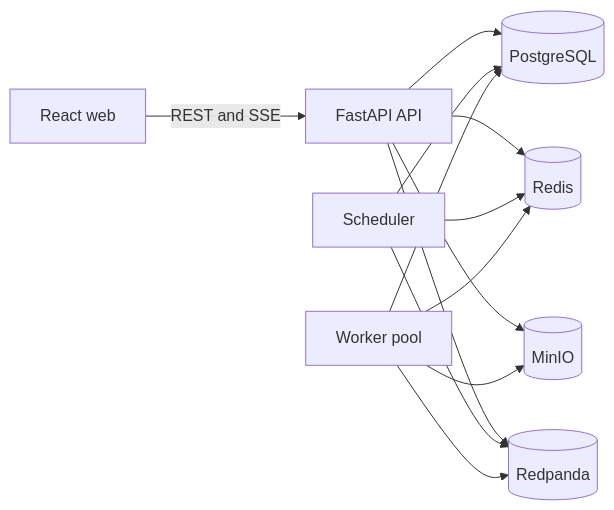
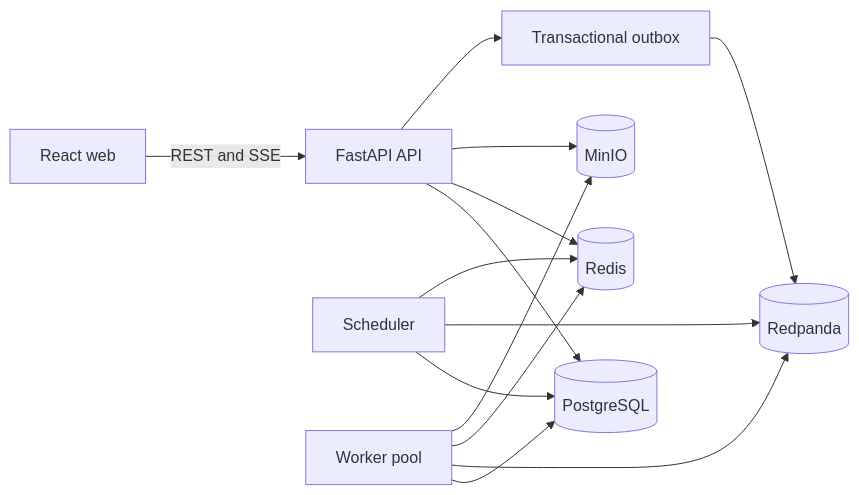
The first of 2 diagrams in docs/ARCHITECTURE.md (aditya-koganti/runscope), drawn with Mermaid before and after one commit. The commit also changed other lines of this file and 18 other files, not shown here.

````diff
--- a/docs/ARCHITECTURE.md
+++ b/docs/ARCHITECTURE.md
@@ -9,15 +9,16 @@
 ```mermaid
 flowchart LR
     Browser[React web] -->|REST and SSE| API[FastAPI API]
     API --> DB[(PostgreSQL)]
     API --> Redis[(Redis)]
     API --> S3[(MinIO)]
-    API --> Broker[(Redpanda)]
+    API --> Outbox[Transactional outbox]
+    Outbox --> Broker[(Redpanda)]
     Scheduler[Scheduler] --> DB
     Scheduler --> Broker
     Scheduler --> Redis
     Worker[Worker pool] --> DB
     Worker --> Broker
     Worker --> Redis
     Worker --> S3
 ```
````
